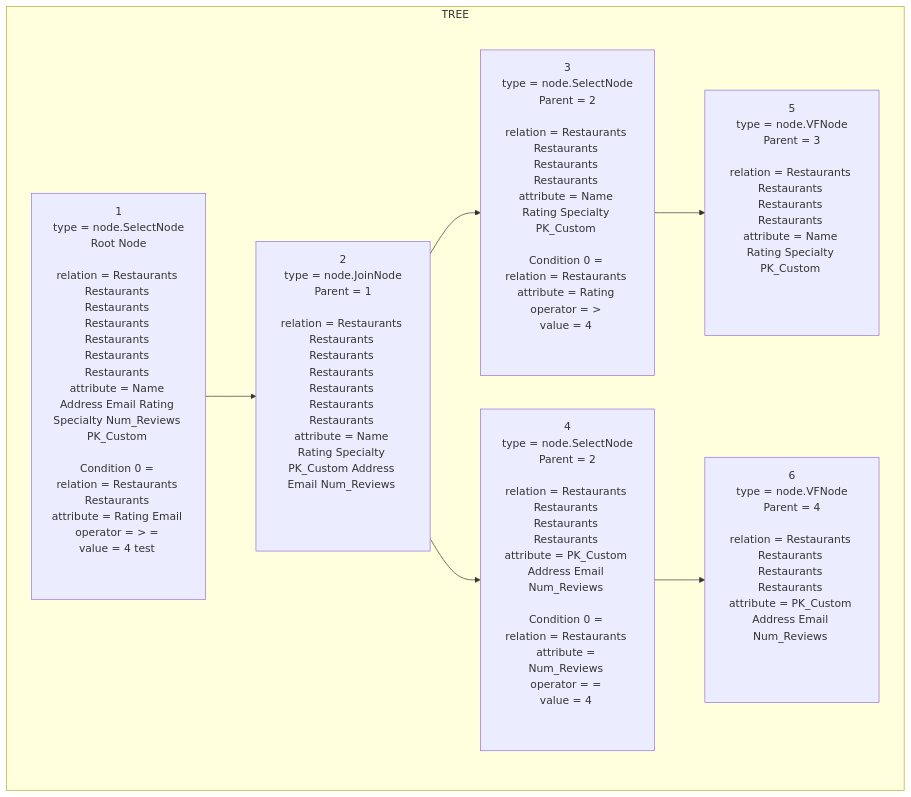
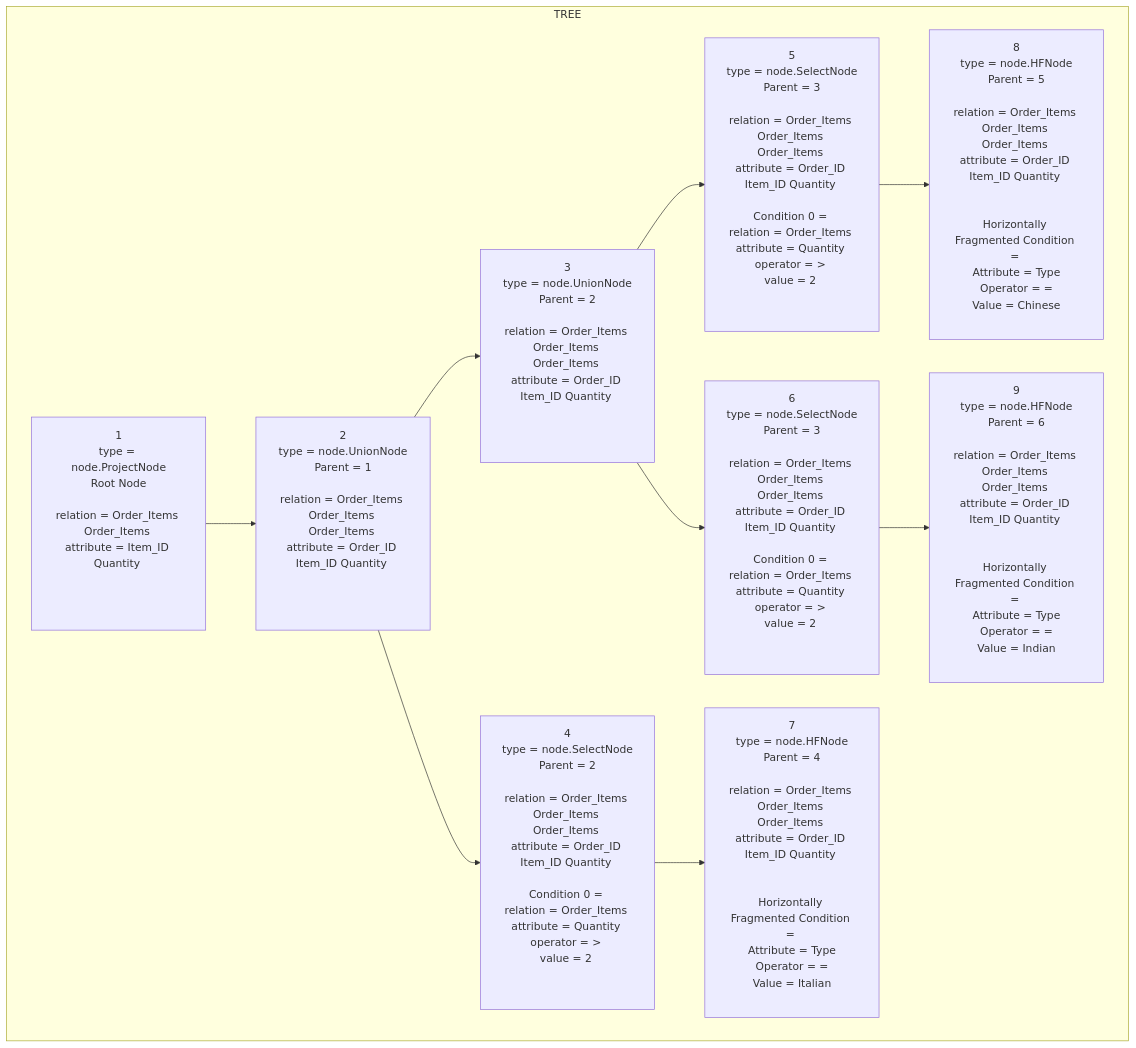
One commit to krtikgrg/Distributed_Database_System changed the diagram in phase2/src/fragmented_select.md. Above: the diagram before and after it, drawn with Mermaid. The commit also changed 8 other files, not shown here.

````diff
--- a/phase2/src/fragmented_select.md
+++ b/phase2/src/fragmented_select.md
@@ -1,16 +1,22 @@
 ```mermaid
 graph TD
 subgraph TREE
-1[1<br/>type = node.SelectNode<br/>Root Node<br/><br/>relation = Restaurants Restaurants Restaurants Restaurants Restaurants Restaurants Restaurants <br/>attribute = Name Address Email Rating Specialty Num_Reviews PK_Custom <br/><br/>Condition 0 = <br/>relation = Restaurants Restaurants <br/>attribute = Rating Email <br/>operator = > = <br/>value = 4 test <br/><br/><br/>]
-2[2<br/>type = node.JoinNode<br/>Parent = 1<br/><br/>relation = Restaurants Restaurants Restaurants Restaurants Restaurants Restaurants Restaurants <br/>attribute = Name Rating Specialty PK_Custom Address Email Num_Reviews <br/><br/><br/><br/>]
+1[1<br/>type = node.ProjectNode<br/>Root Node<br/><br/>relation = Order_Items Order_Items <br/>attribute = Item_ID Quantity <br/><br/><br/><br/>]
+2[2<br/>type = node.UnionNode<br/>Parent = 1<br/><br/>relation = Order_Items Order_Items Order_Items <br/>attribute = Order_ID Item_ID Quantity <br/><br/><br/><br/>]
 1-->2
-3[3<br/>type = node.SelectNode<br/>Parent = 2<br/><br/>relation = Restaurants Restaurants Restaurants Restaurants <br/>attribute = Name Rating Specialty PK_Custom <br/><br/>Condition 0 = <br/>relation = Restaurants <br/>attribute = Rating <br/>operator = > <br/>value = 4 <br/><br/><br/>]
+3[3<br/>type = node.UnionNode<br/>Parent = 2<br/><br/>relation = Order_Items Order_Items Order_Items <br/>attribute = Order_ID Item_ID Quantity <br/><br/><br/><br/>]
 2-->3
-4[4<br/>type = node.SelectNode<br/>Parent = 2<br/><br/>relation = Restaurants Restaurants Restaurants Restaurants <br/>attribute = PK_Custom Address Email Num_Reviews <br/><br/>Condition 0 = <br/>relation = Restaurants <br/>attribute = Num_Reviews <br/>operator = = <br/>value = 4 <br/><br/><br/>]
+4[4<br/>type = node.SelectNode<br/>Parent = 2<br/><br/>relation = Order_Items Order_Items Order_Items <br/>attribute = Order_ID Item_ID Quantity <br/><br/>Condition 0 = <br/>relation = Order_Items <br/>attribute = Quantity <br/>operator = > <br/>value = 2 <br/><br/><br/>]
 2-->4
-5[5<br/>type = node.VFNode<br/>Parent = 3<br/><br/>relation = Restaurants Restaurants Restaurants Restaurants <br/>attribute = Name Rating Specialty PK_Custom <br/><br/><br/><br/>]
+5[5<br/>type = node.SelectNode<br/>Parent = 3<br/><br/>relation = Order_Items Order_Items Order_Items <br/>attribute = Order_ID Item_ID Quantity <br/><br/>Condition 0 = <br/>relation = Order_Items <br/>attribute = Quantity <br/>operator = > <br/>value = 2 <br/><br/><br/>]
 3-->5
-6[6<br/>type = node.VFNode<br/>Parent = 4<br/><br/>relation = Restaurants Restaurants Restaurants Restaurants <br/>attribute = PK_Custom Address Email Num_Reviews <br/><br/><br/><br/>]
-4-->6
+6[6<br/>type = node.SelectNode<br/>Parent = 3<br/><br/>relation = Order_Items Order_Items Order_Items <br/>attribute = Order_ID Item_ID Quantity <br/><br/>Condition 0 = <br/>relation = Order_Items <br/>attribute = Quantity <br/>operator = > <br/>value = 2 <br/><br/><br/>]
+3-->6
+7[7<br/>type = node.HFNode<br/>Parent = 4<br/><br/>relation = Order_Items Order_Items Order_Items <br/>attribute = Order_ID Item_ID Quantity <br/><br/><br/>Horizontally Fragmented Condition = <br/>Attribute = Type<br/>Operator = =<br/>Value = Italian<br/><br/>]
+4-->7
+8[8<br/>type = node.HFNode<br/>Parent = 5<br/><br/>relation = Order_Items Order_Items Order_Items <br/>attribute = Order_ID Item_ID Quantity <br/><br/><br/>Horizontally Fragmented Condition = <br/>Attribute = Type<br/>Operator = =<br/>Value = Chinese<br/><br/>]
+5-->8
+9[9<br/>type = node.HFNode<br/>Parent = 6<br/><br/>relation = Order_Items Order_Items Order_Items <br/>attribute = Order_ID Item_ID Quantity <br/><br/><br/>Horizontally Fragmented Condition = <br/>Attribute = Type<br/>Operator = =<br/>Value = Indian<br/><br/>]
+6-->9
 end
 ```
````
